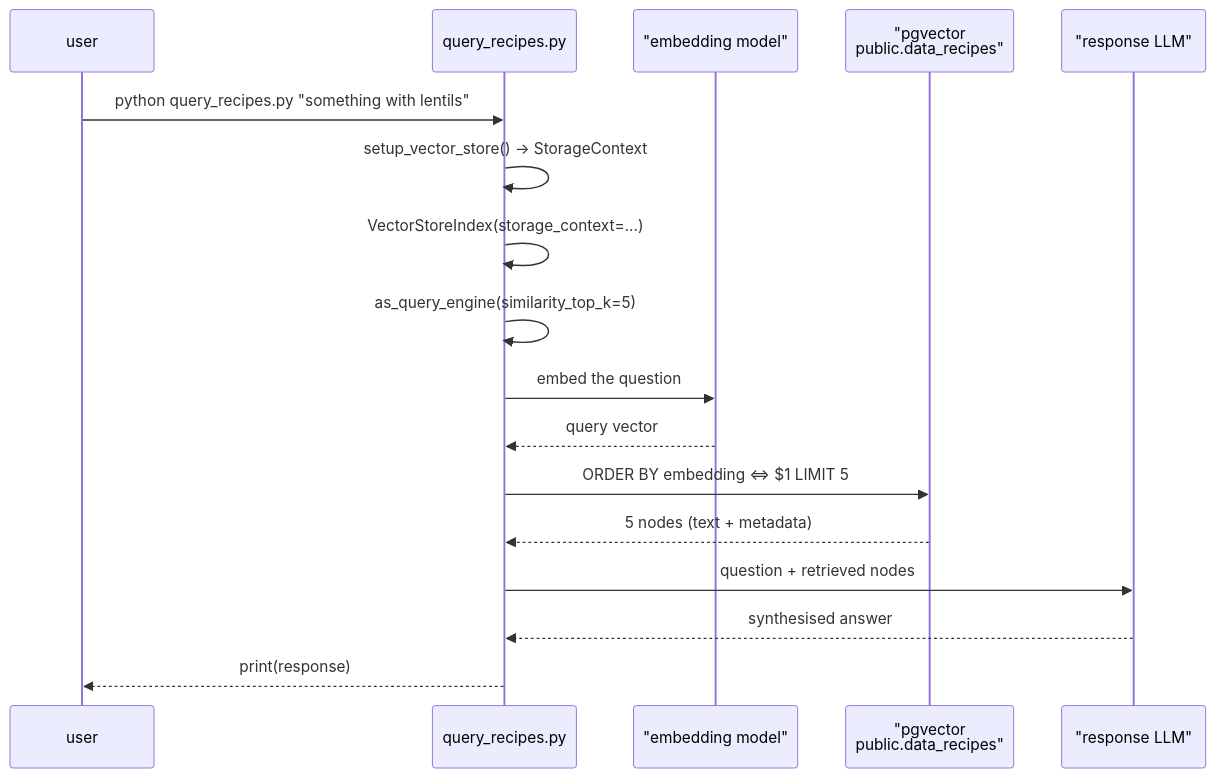
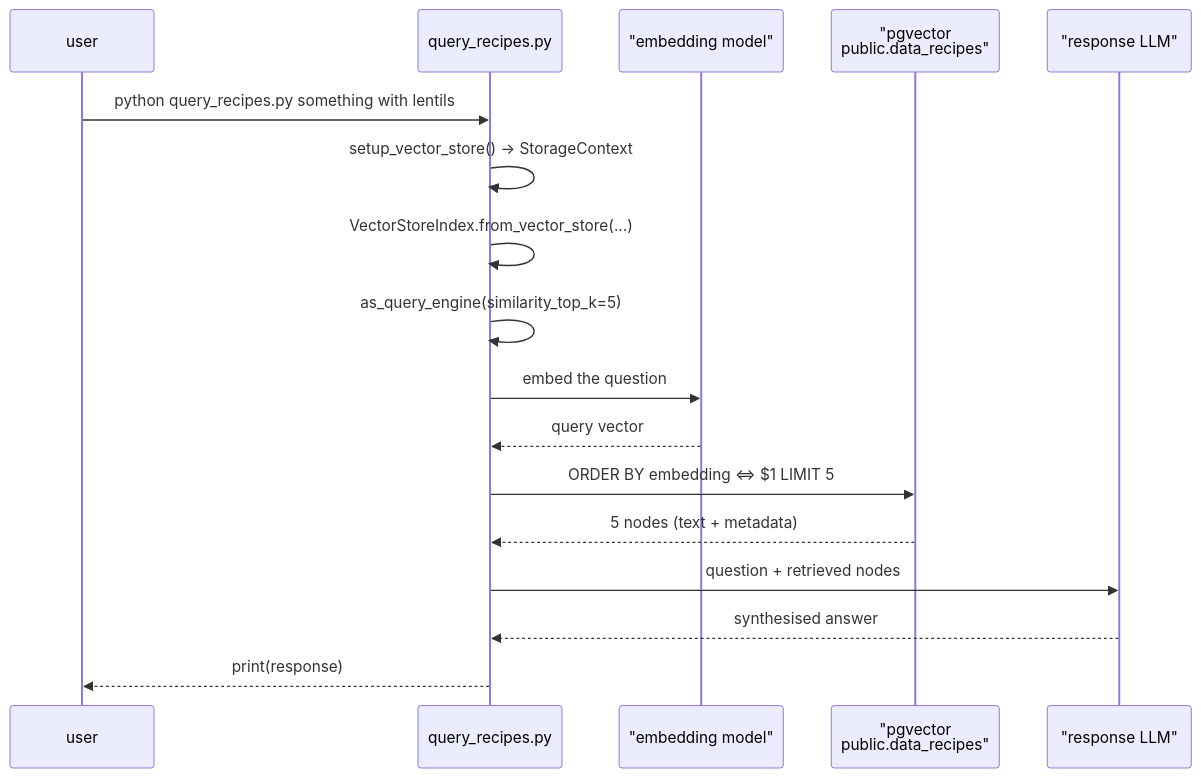
The first of 2 diagrams in docs/05-query.md (Bissbert/cookingRAG), drawn with Mermaid before and after one commit. The commit also changed other lines of this file and 11 other files, not shown here.

````diff
--- a/docs/05-query.md
+++ b/docs/05-query.md
@@ -43,20 +13,20 @@
 ```mermaid
 sequenceDiagram
     participant U as user
     participant Q as query_recipes.py
     participant E as "embedding model"
     participant P as "pgvector<br/>public.data_recipes"
     participant L as "response LLM"
 
-    U->>Q: python query_recipes.py "something with lentils"
+    U->>Q: python query_recipes.py something with lentils
     Q->>Q: setup_vector_store() → StorageContext
-    Q->>Q: VectorStoreIndex(storage_context=...)
+    Q->>Q: VectorStoreIndex.from_vector_store(...)
     Q->>Q: as_query_engine(similarity_top_k=5)
     Q->>E: embed the question
     E-->>Q: query vector
     Q->>P: ORDER BY embedding <=> $1 LIMIT 5
     P-->>Q: 5 nodes (text + metadata)
     Q->>L: question + retrieved nodes
     L-->>Q: synthesised answer
     Q-->>U: print(response)
 ```
````
